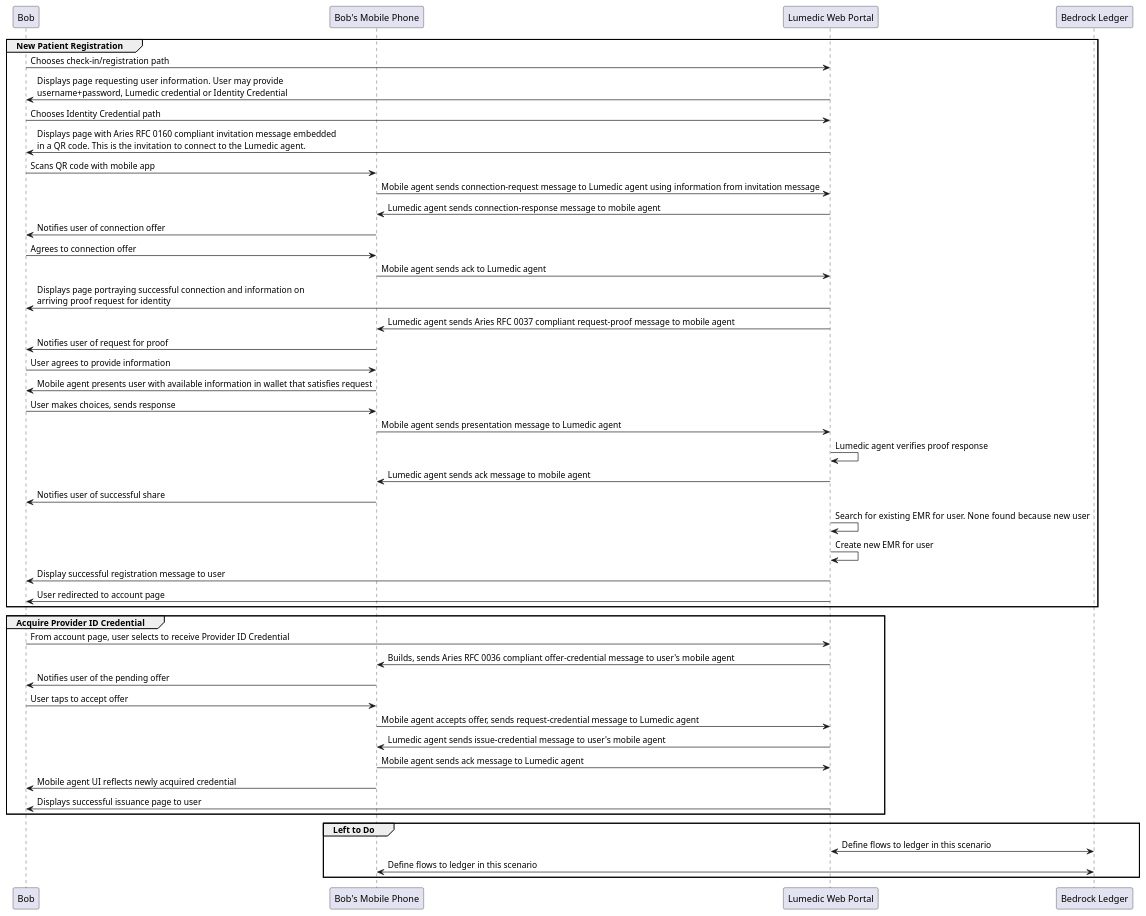
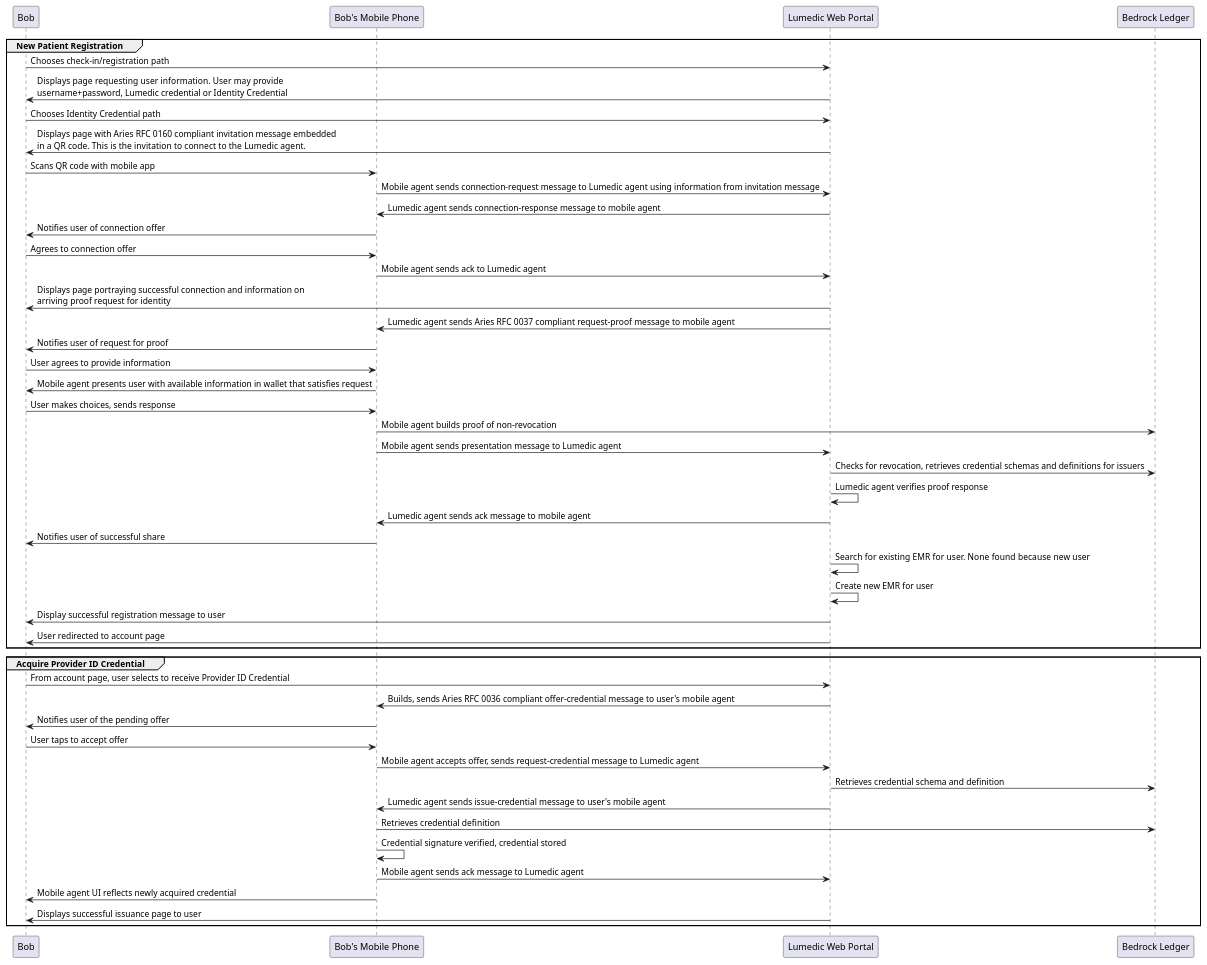
One commit to bedrock-consortium/bbu-tswg-research changed the diagram in PoC/docs/interactionDiagrams/src/LumedicIssuanceCreateERT.puml. Above: the diagram before and after it, drawn with PlantUML. The commit also changed 7 other files, not shown here.

Commit message:
updated interaction diagrams to clarify ledger use

```diff
--- a/PoC/docs/interactionDiagrams/src/LumedicIssuanceCreateERT.puml
+++ b/PoC/docs/interactionDiagrams/src/LumedicIssuanceCreateERT.puml
@@ -1,52 +1,52 @@
 @startuml
 
 participant "Bob" as USER
 participant "Bob's Mobile Phone" as MP
 participant "Lumedic Web Portal" as LU
 participant "Bedrock Ledger" as LE
 
 group New Patient Registration
 USER->LU: Chooses check-in/registration path
 LU->USER: Displays page requesting user information.  User may provide\nusername+password, Lumedic credential or Identity Credential
 USER->LU: Chooses Identity Credential path
 LU->USER: Displays page with Aries RFC 0160 compliant invitation message embedded\nin a QR code.  This is the invitation to connect to the Lumedic agent.
 USER->MP: Scans QR code with mobile app
 MP->LU:   Mobile agent sends connection-request message to Lumedic agent using information from invitation message
 LU->MP:   Lumedic agent sends connection-response message to mobile agent
 MP->USER: Notifies user of connection offer
 USER->MP: Agrees to connection offer
 MP->LU:   Mobile agent sends ack to Lumedic agent
 LU->USER: Displays page portraying successful connection and information on\narriving proof request for identity
 LU->MP:   Lumedic agent sends Aries RFC 0037 compliant request-proof message to mobile agent
 MP->USER: Notifies user of request for proof
 USER->MP: User agrees to provide information
 MP->USER: Mobile agent presents user with available information in wallet that satisfies request
 USER->MP: User makes choices, sends response
+MP->LE:   Mobile agent builds proof of non-revocation
 MP->LU:   Mobile agent sends presentation message to Lumedic agent
+LU->LE:   Checks for revocation, retrieves credential schemas and definitions for issuers
 LU->LU:   Lumedic agent verifies proof response
 LU->MP:   Lumedic agent sends ack message to mobile agent 
 MP->USER: Notifies user of successful share
 LU->LU:   Search for existing EMR for user.  None found because new user
 LU->LU:   Create new EMR for user
 LU->USER: Display successful registration message to user
 LU->USER: User redirected to account page
 end
 
 group Acquire Provider ID Credential
 USER->LU: From account page, user selects to receive Provider ID Credential
 LU->MP:   Builds, sends Aries RFC 0036 compliant offer-credential message to user's mobile agent
 MP->USER: Notifies user of the pending offer
 USER->MP: User taps to accept offer
 MP->LU:   Mobile agent accepts offer, sends request-credential message to Lumedic agent
+LU->LE:   Retrieves credential schema and definition
 LU->MP:   Lumedic agent sends issue-credential message to user's mobile agent
+MP->LE:   Retrieves credential definition
+MP->MP:   Credential signature verified, credential stored
 MP->LU:   Mobile agent sends ack message to Lumedic agent
 MP->USER: Mobile agent UI reflects newly acquired credential
 LU->USER: Displays successful issuance page to user
 end
 
-group Left to Do
-LU<->LE:  Define flows to ledger in this scenario
-MP<->LE:  Define flows to ledger in this scenario 
-end
-
 @enduml
```
